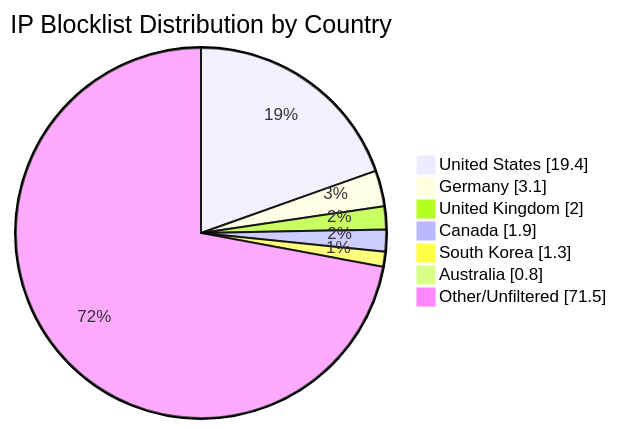
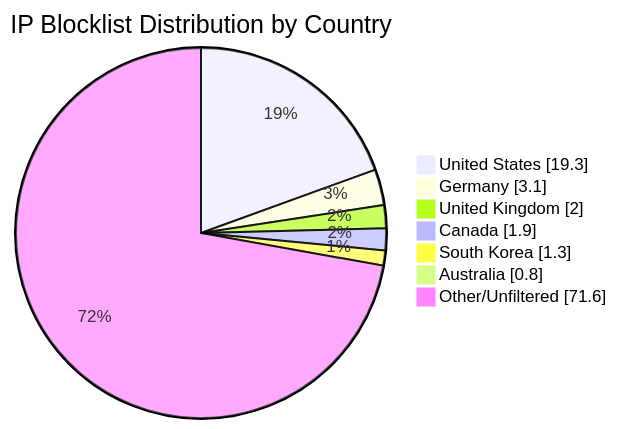
The diagram in README.md (MarcusHoltz/ipblocklist-geofiltered-aggregator), drawn with Mermaid before and after one commit. The commit also changed other lines of this file and 9 other files, not shown here.

````diff
--- a/README.md
+++ b/README.md
@@ -34,10 +34,10 @@
 ```mermaid
 pie showData title IP Blocklist Distribution by Country
-"United States" : 19.4
+"United States" : 19.3
 "Germany" : 3.1
 "United Kingdom" : 2.0
 "Canada" : 1.9
 "South Korea" : 1.3
 "Australia" : 0.8
-"Other/Unfiltered" : 71.5
+"Other/Unfiltered" : 71.6
 ```
````
